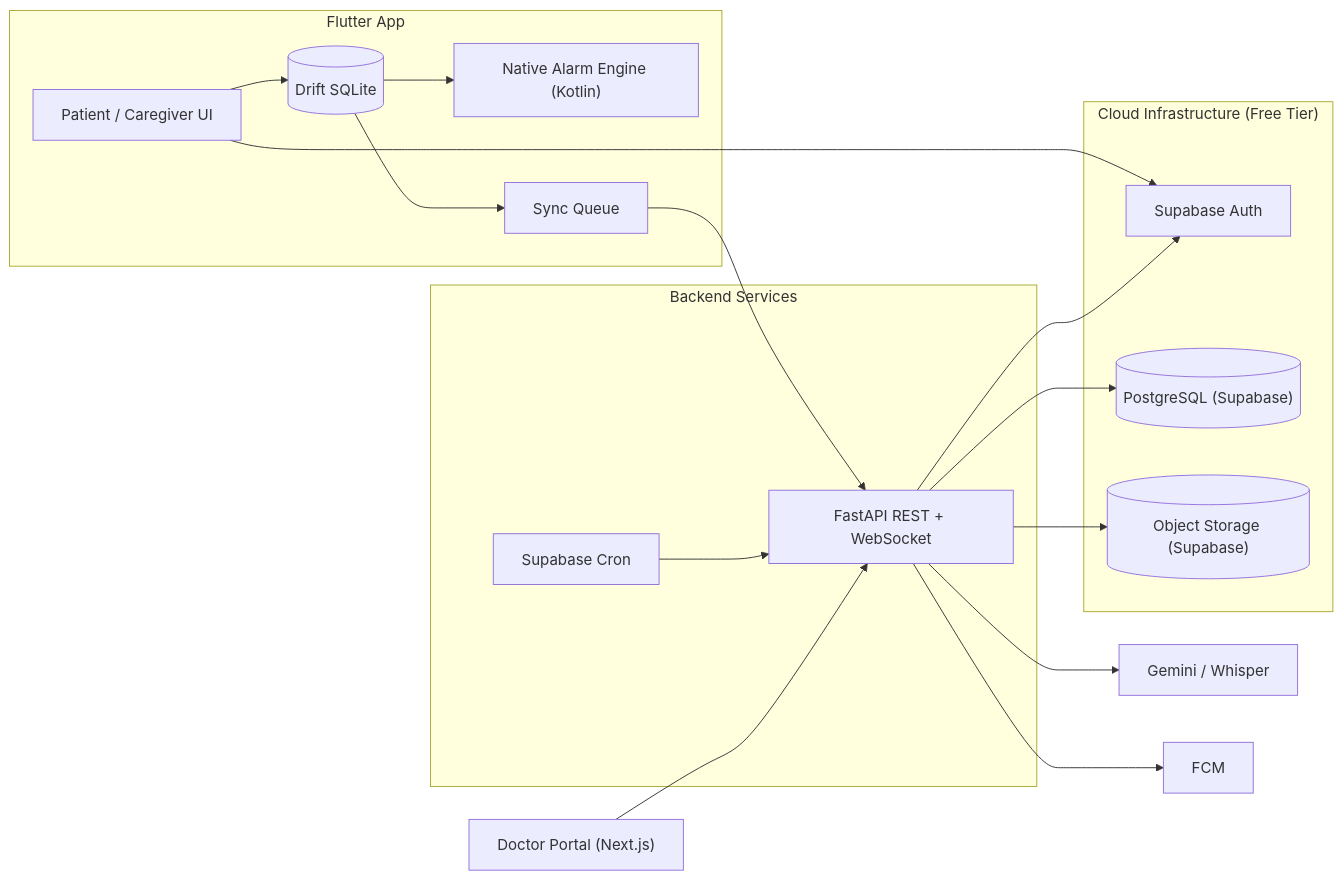
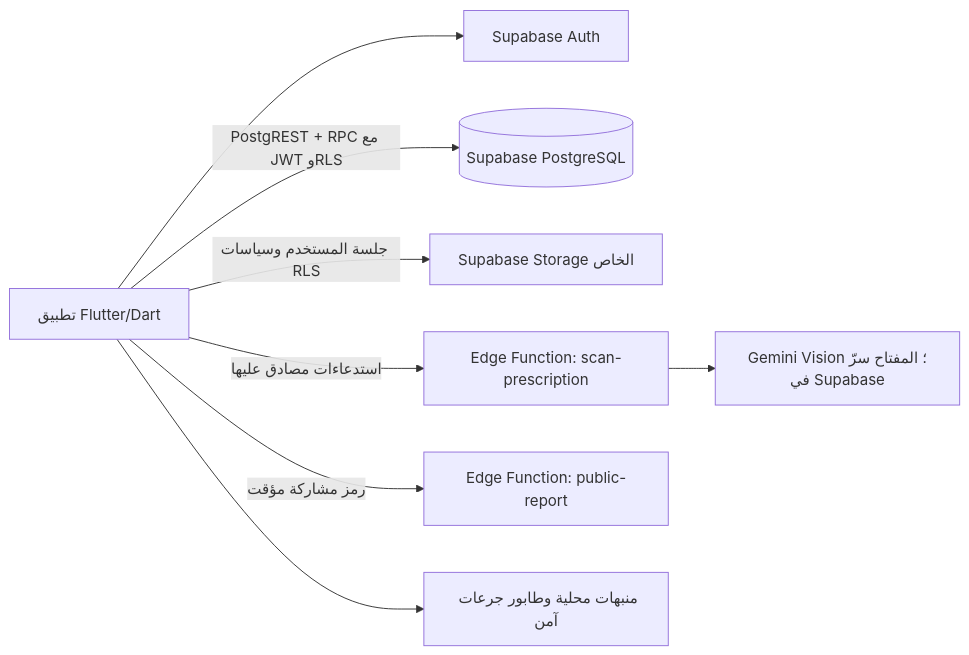
One commit to Youseefee/Medliva changed the diagram in docs/ARCHITECTURE.md. Above: the diagram before and after it, drawn with Mermaid. The commit also changed other lines of this file and 171 other files, not shown here.

First line of the commit message:
feat(supabase,mobile): migrate app data flows to Supabase

````diff
--- a/docs/ARCHITECTURE.md
+++ b/docs/ARCHITECTURE.md
@@ -4,28 +5,10 @@
 ```mermaid
 flowchart LR
-  subgraph Mobile["Flutter App"]
-    UI["Patient / Caregiver UI"]
-    DB[("Drift SQLite")]
-    AL["Native Alarm Engine (Kotlin)"]
-    SQ["Sync Queue"]
-  end
-  subgraph Backend["Backend Services"]
-    API["FastAPI REST + WebSocket"]
-    CRON["Supabase Cron"]
-  end
-  subgraph Cloud["Cloud Infrastructure (Free Tier)"]
-    AUTH["Supabase Auth"]
-    PG[("PostgreSQL (Supabase)")]
-    S3[("Object Storage (Supabase)")]
-  end
-  UI --> DB --> AL
-  DB --> SQ --> API
-  UI --> AUTH
-  API --> AUTH
-  API --> PG
-  API --> S3
-  API --> AI["Gemini / Whisper"]
-  CRON --> API
-  API --> FCM["FCM"]
-  PORTAL["Doctor Portal (Next.js)"] --> API
+  App["تطبيق Flutter/Dart"] --> Auth["Supabase Auth"]
+  App -->|"PostgREST + RPC مع JWT وRLS"| DB[("Supabase PostgreSQL")]
+  App -->|"جلسة المستخدم وسياسات RLS"| Storage["Supabase Storage الخاص"]
+  App -->|"استدعاءات مصادق عليها"| Scan["Edge Function: scan-prescription"]
+  App -->|"رمز مشاركة مؤقت"| Report["Edge Function: public-report"]
+  Scan --> Gemini["Gemini Vision؛ المفتاح سرّ في Supabase"]
+  App --> Device["منبهات محلية وطابور جرعات آمن"]
 ```
````
